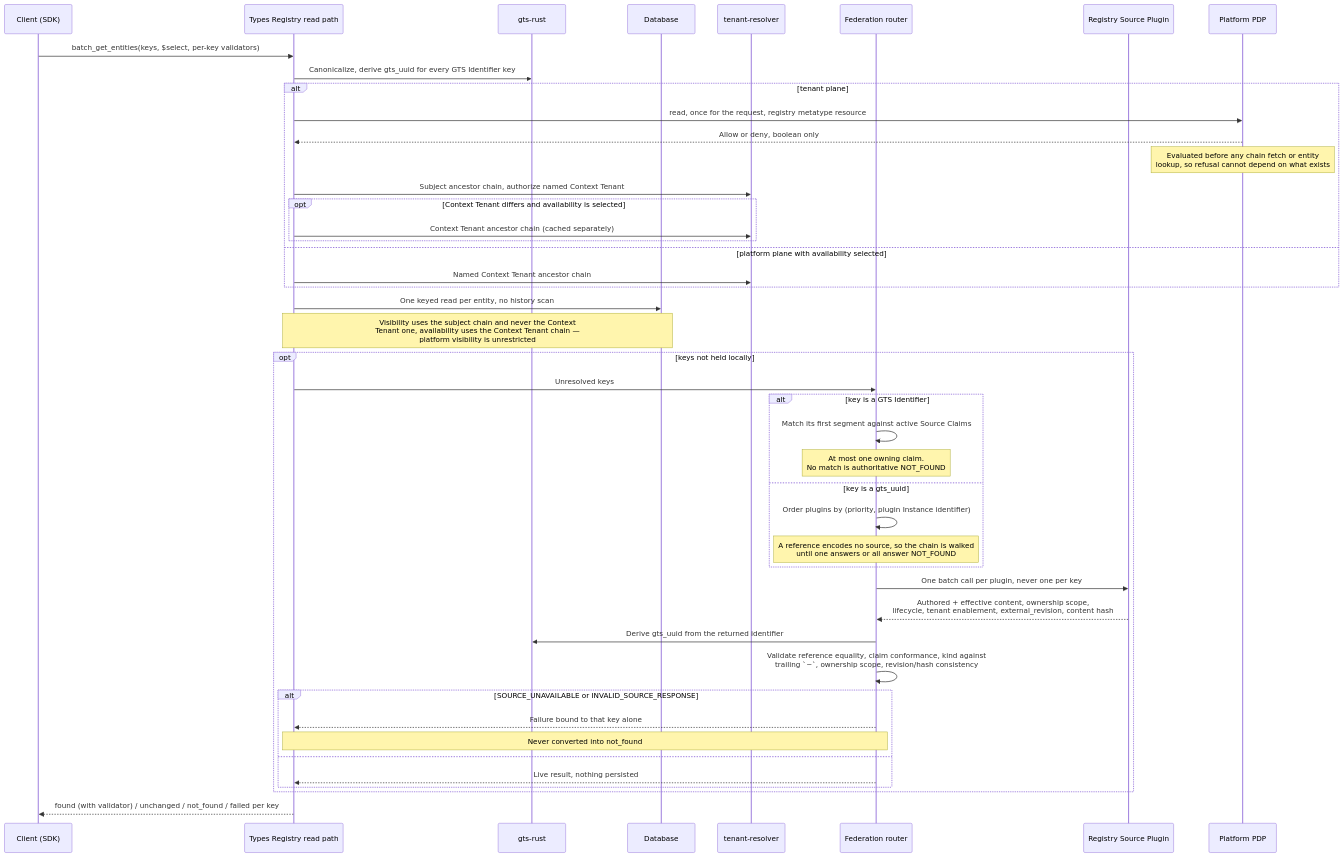
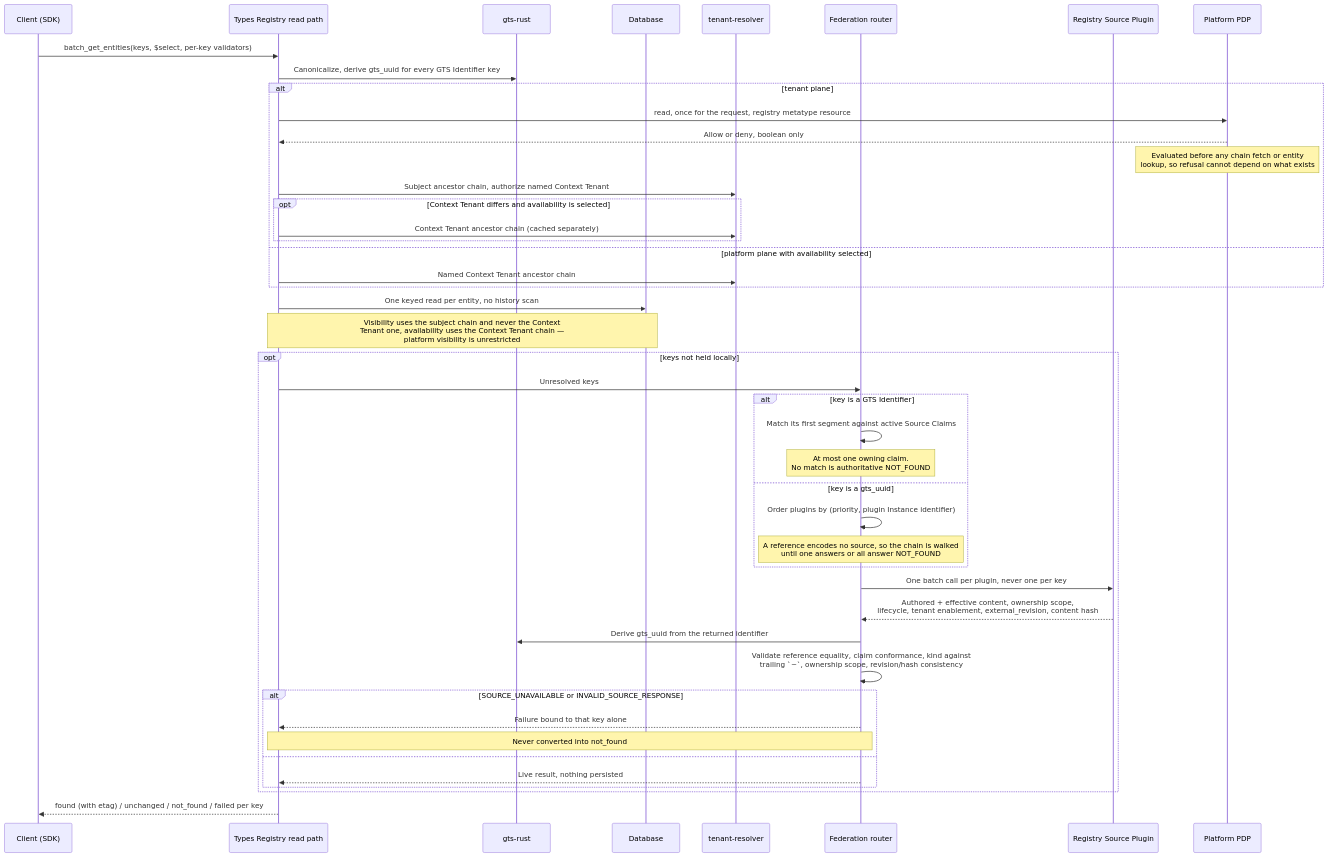
The fifth of 6 diagrams in gears/system/types-registry/docs/DESIGN.md (Andrei-Iliushin-Constructor/gears-rust), drawn with Mermaid before and after one commit. The commit also changed other lines of this file and 81 other files, not shown here.

````diff
--- a/gears/system/types-registry/docs/DESIGN.md
+++ b/gears/system/types-registry/docs/DESIGN.md
@@ -1820,48 +1964,48 @@
 ```mermaid
 sequenceDiagram
     participant C as Client (SDK)
     participant A as Types Registry read path
     participant G as gts-rust
     participant D as Database
     participant T as tenant-resolver
     participant R as Federation router
     participant P as Registry Source Plugin
     participant Z as Platform PDP
 
     C->>A: batch_get_entities(keys, $select, per-key validators)
     A->>G: Canonicalize, derive gts_uuid for every GTS Identifier key
     alt tenant plane
         A->>Z: read, once for the request, registry metatype resource
         Z-->>A: Allow or deny, boolean only
         Note over Z: Evaluated before any chain fetch or entity<br/>lookup, so refusal cannot depend on what exists
         A->>T: Subject ancestor chain, authorize named Context Tenant
         opt Context Tenant differs and availability is selected
             A->>T: Context Tenant ancestor chain (cached separately)
         end
     else platform plane with availability selected
         A->>T: Named Context Tenant ancestor chain
     end
     A->>D: One keyed read per entity, no history scan
     Note over A,D: Visibility uses the subject chain and never the Context<br/>Tenant one, availability uses the Context Tenant chain —<br/>platform visibility is unrestricted
     opt keys not held locally
         A->>R: Unresolved keys
         alt key is a GTS Identifier
             R->>R: Match its first segment against active Source Claims
             Note over R: At most one owning claim.<br/>No match is authoritative NOT_FOUND
         else key is a gts_uuid
             R->>R: Order plugins by (priority, plugin Instance identifier)
             Note over R: A reference encodes no source, so the chain is walked<br/>until one answers or all answer NOT_FOUND
         end
         R->>P: One batch call per plugin, never one per key
         P-->>R: Authored + effective content, ownership scope,<br/>lifecycle, tenant enablement, external_revision, content hash
         R->>G: Derive gts_uuid from the returned identifier
         R->>R: Validate reference equality, claim conformance, kind against<br/>trailing `~`, ownership scope, revision/hash consistency
         alt SOURCE_UNAVAILABLE or INVALID_SOURCE_RESPONSE
             R-->>A: Failure bound to that key alone
             Note over R,A: Never converted into not_found
         else
             R-->>A: Live result, nothing persisted
         end
     end
-    A-->>C: found (with validator) / unchanged / not_found / failed per key
+    A-->>C: found (with etag) / unchanged / not_found / failed per key
 ```
````
